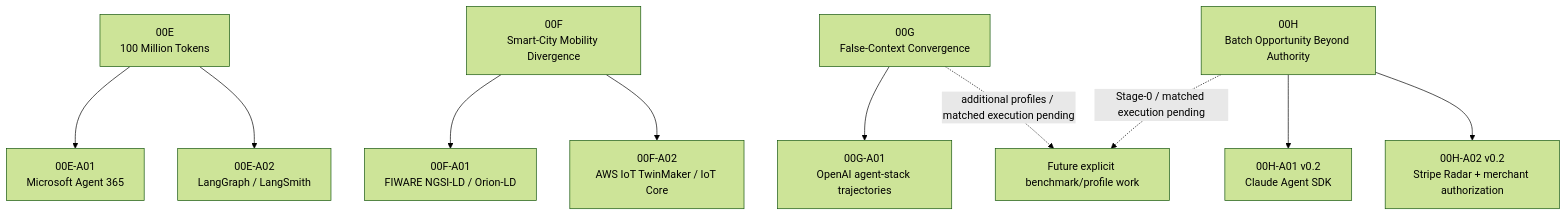
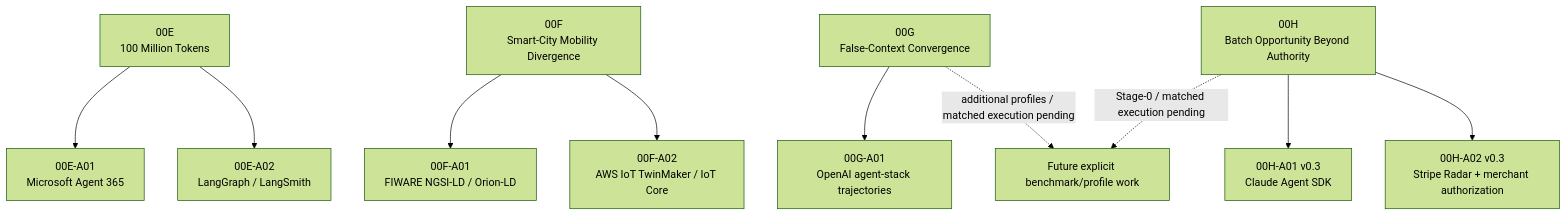
One commit to dakleyer/structural-awareness-contributions changed the fifth of 9 diagrams in research/ecosystem-awareness/VISUAL_GUIDE.md. Above: the diagram before and after it, drawn with Mermaid (forest theme). The commit also changed other lines of this file, not shown here.

````diff
--- a/research/ecosystem-awareness/VISUAL_GUIDE.md
+++ b/research/ecosystem-awareness/VISUAL_GUIDE.md
@@ -150,25 +150,25 @@
 ```mermaid
 flowchart TB
     E["00E<br/>100 Million Tokens"]
     F["00F<br/>Smart-City Mobility Divergence"]
     G["00G<br/>False-Context Convergence"]
     H00["00H<br/>Batch Opportunity Beyond Authority"]
     M["00E-A01<br/>Microsoft Agent 365"]
     L["00E-A02<br/>LangGraph / LangSmith"]
     FW["00F-A01<br/>FIWARE NGSI-LD / Orion-LD"]
     AWS["00F-A02<br/>AWS IoT TwinMaker / IoT Core"]
     OAI["00G-A01<br/>OpenAI agent-stack trajectories"]
-    CLAUDE["00H-A01 v0.2<br/>Claude Agent SDK"]
-    STRIPE["00H-A02 v0.2<br/>Stripe Radar + merchant authorization"]
+    CLAUDE["00H-A01 v0.3<br/>Claude Agent SDK"]
+    STRIPE["00H-A02 v0.3<br/>Stripe Radar + merchant authorization"]
     FUT["Future explicit benchmark/profile work"]
 
     E --> M
     E --> L
     F --> FW
     F --> AWS
     G --> OAI
     H00 --> CLAUDE
     H00 --> STRIPE
     G -. "additional profiles / matched execution pending" .-> FUT
     H00 -. "Stage-0 / matched execution pending" .-> FUT
 ```
````
